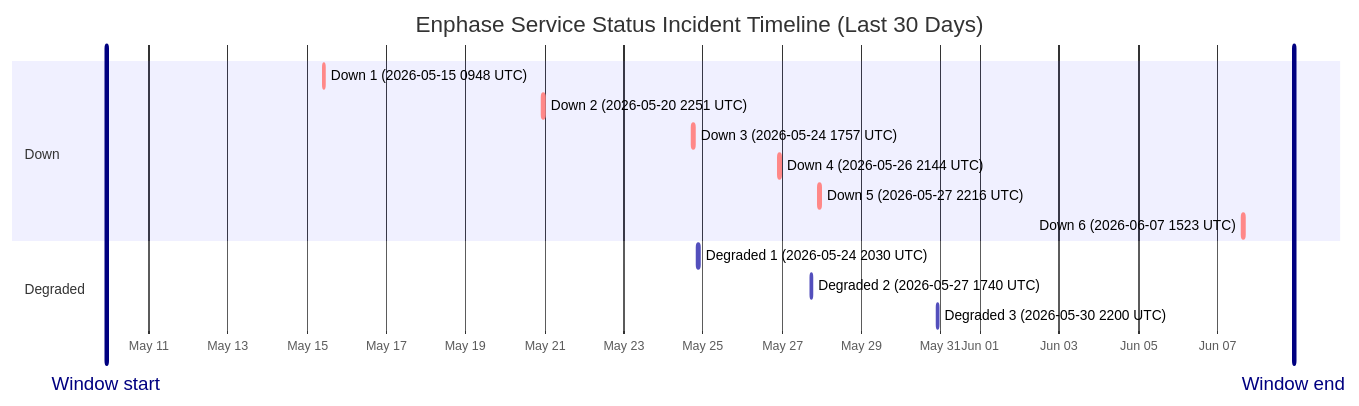
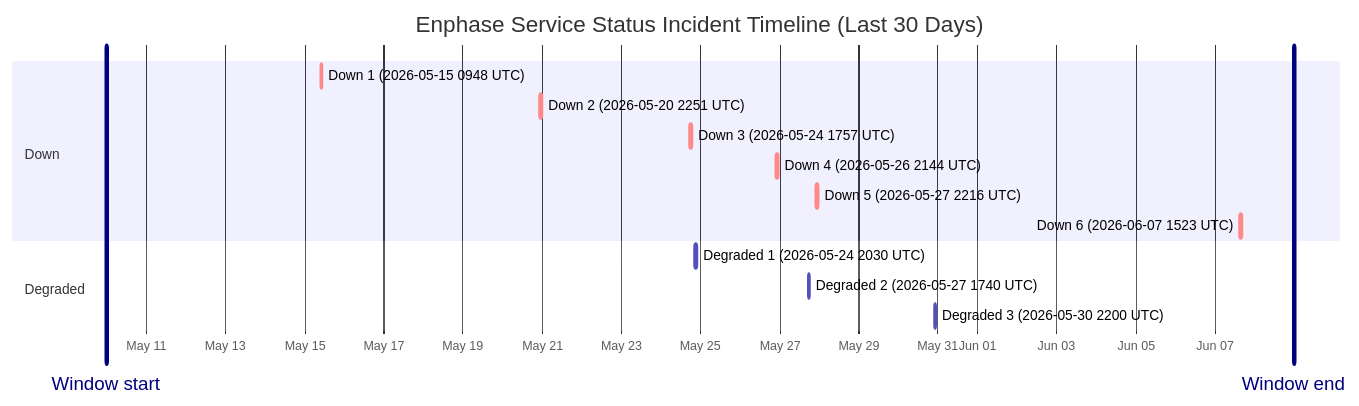
Before and after one commit to barneyonline/ha-enphase-energy: the diagram in wiki/Service-Status-History.md, drawn with Mermaid. The commit also changed other lines of this file and 3 other files, not shown here.

````diff
--- a/wiki/Service-Status-History.md
+++ b/wiki/Service-Status-History.md
@@ -14,19 +14,19 @@
 ```mermaid
 gantt
     title Enphase Service Status Incident Timeline (Last 30 Days)
     dateFormat  YYYY-MM-DDTHH:mm:ss
     axisFormat  %b %d
-    Window start :vert, window-start, 2026-05-09T22:09:01, 0ms
-    Window end :vert, window-end, 2026-06-08T22:09:01, 0ms
+    Window start :vert, window-start, 2026-05-09T23:45:41, 0ms
+    Window end :vert, window-end, 2026-06-08T23:45:41, 0ms
     section Down
     Down 1 (2026-05-15 0948 UTC) :crit, down-1, 2026-05-15T09:48:18, 60m
     Down 2 (2026-05-20 2251 UTC) :crit, down-2, 2026-05-20T22:51:14, 75m
     Down 3 (2026-05-24 1757 UTC) :crit, down-3, 2026-05-24T17:57:41, 86m
     Down 4 (2026-05-26 2144 UTC) :crit, down-4, 2026-05-26T21:44:11, 85m
     Down 5 (2026-05-27 2216 UTC) :crit, down-5, 2026-05-27T22:16:53, 87m
     Down 6 (2026-06-07 1523 UTC) :crit, down-6, 2026-06-07T15:23:22, 87m
     section Degraded
     Degraded 1 (2026-05-24 2030 UTC) :active, degraded-1, 2026-05-24T20:30:57, 84m
     Degraded 2 (2026-05-27 1740 UTC) :active, degraded-2, 2026-05-27T17:40:52, 60m
     Degraded 3 (2026-05-30 2200 UTC) :active, degraded-3, 2026-05-30T22:00:37, 60m
 ```
````
